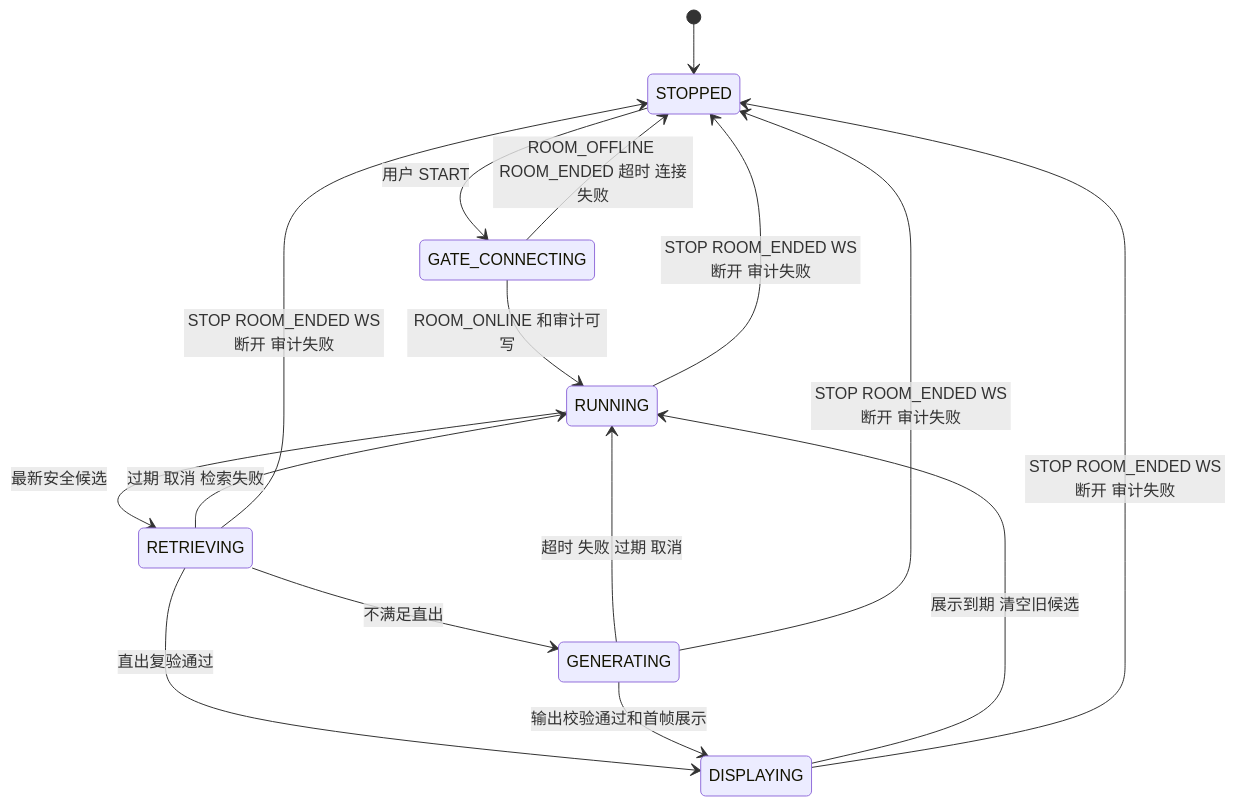
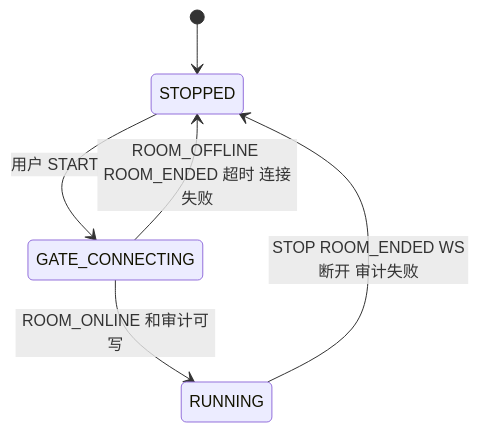
One commit to Ahsen17/douyin-echocue-standalone changed the ninth of 12 diagrams in docs/09-design/Echocue-系统详细设计图册-v0.1.md. Above: the diagram before and after it, drawn with Mermaid. The commit also changed other lines of this file and 40 other files, not shown here.

````diff
--- a/docs/09-design/Echocue-系统详细设计图册-v0.1.md
+++ b/docs/09-design/Echocue-系统详细设计图册-v0.1.md
@@ -319,18 +321,8 @@
 ```mermaid
 stateDiagram-v2
   [*] --> STOPPED
   STOPPED --> GATE_CONNECTING: 用户 START
   GATE_CONNECTING --> RUNNING: ROOM_ONLINE 和审计可写
   GATE_CONNECTING --> STOPPED: ROOM_OFFLINE ROOM_ENDED 超时 连接失败
-  RUNNING --> RETRIEVING: 最新安全候选
-  RETRIEVING --> GENERATING: 不满足直出
-  RETRIEVING --> DISPLAYING: 直出复验通过
-  RETRIEVING --> RUNNING: 过期 取消 检索失败
-  GENERATING --> DISPLAYING: 输出校验通过和首帧展示
-  GENERATING --> RUNNING: 超时 失败 过期 取消
-  DISPLAYING --> RUNNING: 展示到期 清空旧候选
   RUNNING --> STOPPED: STOP ROOM_ENDED WS断开 审计失败
-  RETRIEVING --> STOPPED: STOP ROOM_ENDED WS断开 审计失败
-  GENERATING --> STOPPED: STOP ROOM_ENDED WS断开 审计失败
-  DISPLAYING --> STOPPED: STOP ROOM_ENDED WS断开 审计失败
 ```
````
